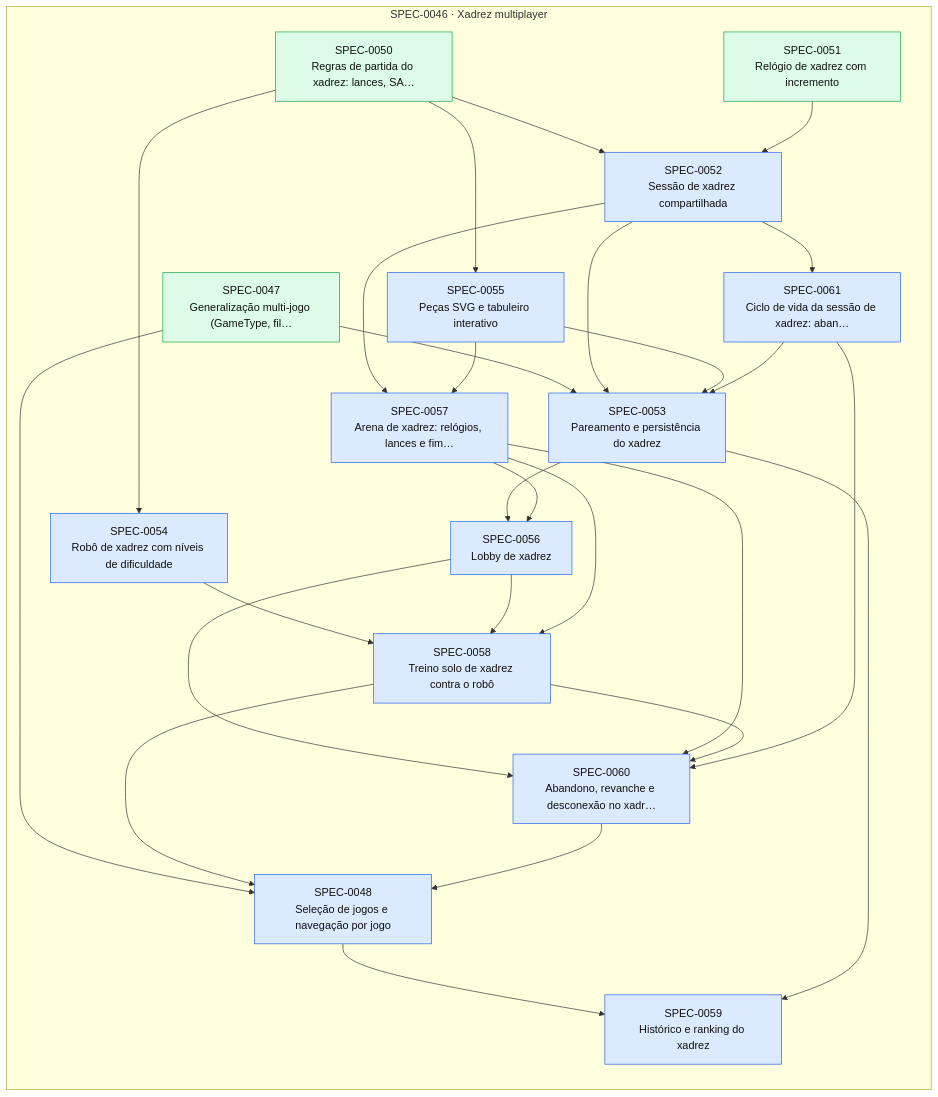
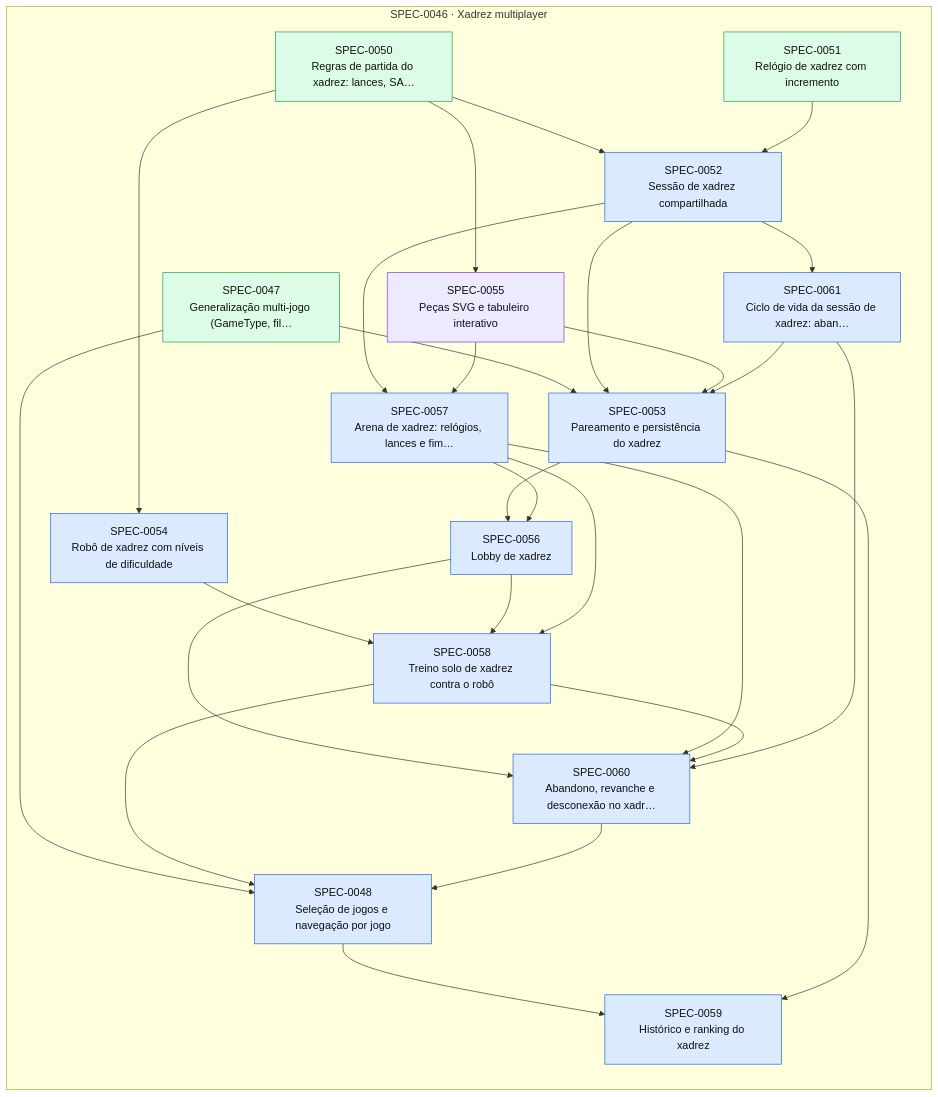
The diagram in docs/specs/INDEX.md (thomasravache/jogo-da-velha-multiplayer), drawn with Mermaid before and after one commit. The commit also changed other lines of this file and 1 other file, not shown here.

First line of the commit message:
docs(specs): registrar gates G1-G4 da SPEC-0055

````diff
--- a/docs/specs/INDEX.md
+++ b/docs/specs/INDEX.md
@@ -47,49 +47,49 @@
 ```mermaid
 flowchart LR
   subgraph E0046["SPEC-0046 · Xadrez multiplayer"]
     S0047["SPEC-0047<br/>Generalização multi-jogo (GameType, fil…"]:::implemented
     S0048["SPEC-0048<br/>Seleção de jogos e navegação por jogo"]:::approved
     S0050["SPEC-0050<br/>Regras de partida do xadrez: lances, SA…"]:::implemented
     S0051["SPEC-0051<br/>Relógio de xadrez com incremento"]:::implemented
     S0052["SPEC-0052<br/>Sessão de xadrez compartilhada"]:::approved
     S0053["SPEC-0053<br/>Pareamento e persistência do xadrez"]:::approved
     S0054["SPEC-0054<br/>Robô de xadrez com níveis de dificuldade"]:::approved
-    S0055["SPEC-0055<br/>Peças SVG e tabuleiro interativo"]:::approved
+    S0055["SPEC-0055<br/>Peças SVG e tabuleiro interativo"]:::inprogress
     S0056["SPEC-0056<br/>Lobby de xadrez"]:::approved
     S0057["SPEC-0057<br/>Arena de xadrez: relógios, lances e fim…"]:::approved
     S0058["SPEC-0058<br/>Treino solo de xadrez contra o robô"]:::approved
     S0059["SPEC-0059<br/>Histórico e ranking do xadrez"]:::approved
     S0060["SPEC-0060<br/>Abandono, revanche e desconexão no xadr…"]:::approved
     S0061["SPEC-0061<br/>Ciclo de vida da sessão de xadrez: aban…"]:::approved
   end
   S0047 --> S0048
   S0058 --> S0048
   S0060 --> S0048
   S0050 --> S0052
   S0051 --> S0052
   S0047 --> S0053
   S0052 --> S0053
   S0055 --> S0053
   S0061 --> S0053
   S0050 --> S0054
   S0050 --> S0055
   S0053 --> S0056
   S0057 --> S0056
   S0052 --> S0057
   S0055 --> S0057
   S0054 --> S0058
   S0056 --> S0058
   S0057 --> S0058
   S0048 --> S0059
   S0053 --> S0059
   S0056 --> S0060
   S0057 --> S0060
   S0058 --> S0060
   S0061 --> S0060
   S0052 --> S0061
   classDef proposed fill:#fef3c7,stroke:#d97706,color:#111
   classDef approved fill:#dbeafe,stroke:#2563eb,color:#111
   classDef inprogress fill:#ede9fe,stroke:#7c3aed,color:#111
   classDef implemented fill:#dcfce7,stroke:#16a34a,color:#111
   classDef deprecated fill:#f3f4f6,stroke:#9ca3af,color:#6b7280
 ```
````
